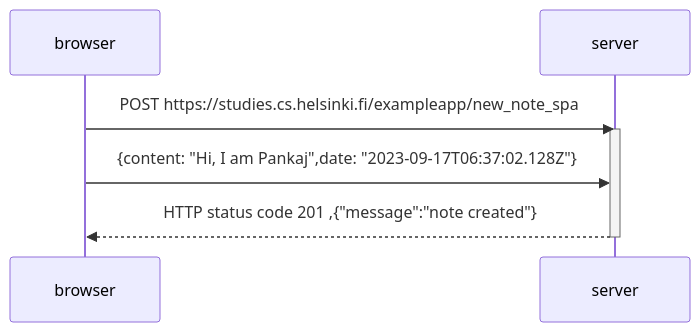
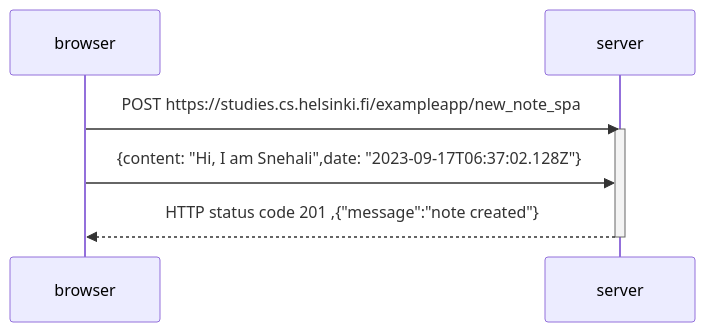
Before and after one commit to Snehali00/FullstackOpen.com: the diagram in Part0/0.6new_note.mmd, drawn with Mermaid.

Commit message:
0.6taskdone

```diff
--- a/Part0/0.6new_note.mmd
+++ b/Part0/0.6new_note.mmd
@@ -1,10 +1,10 @@
 sequenceDiagram
     participant browser
     participant server
     
 
     browser->>server: POST https://studies.cs.helsinki.fi/exampleapp/new_note_spa
     activate server
-    browser->>server: {content: "Hi, I am Pankaj",date: "2023-09-17T06:37:02.128Z"}
+    browser->>server: {content: "Hi, I am Snehali",date: "2023-09-17T06:37:02.128Z"}
     server-->>browser: HTTP status code 201 ,{"message":"note created"}
     deactivate server
```
